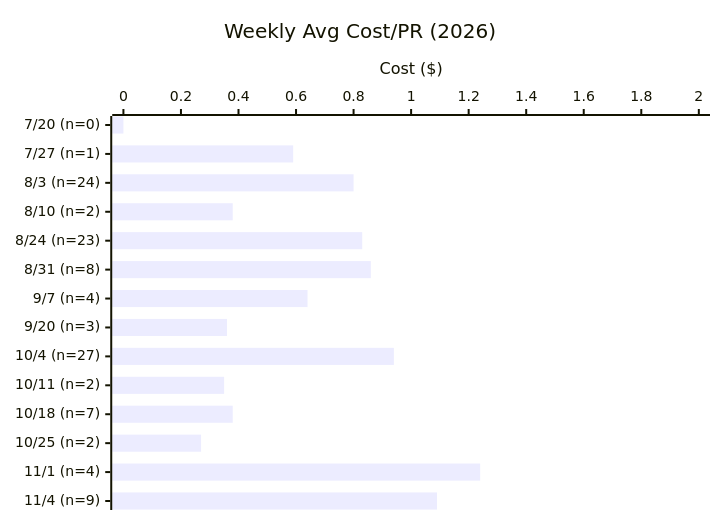
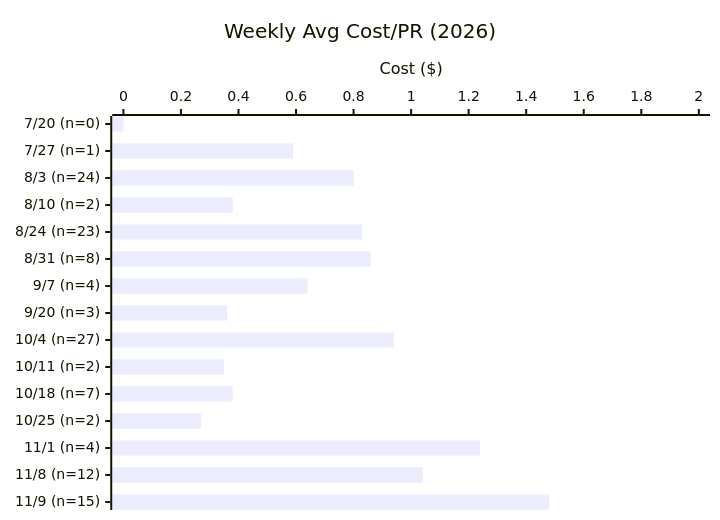
The second of 3 diagrams in EVAL.md (Sanctum-Origo-Systems/patina), drawn with Mermaid before and after one commit. The commit also changed other lines of this file and 1 other file, not shown here.

````diff
--- a/EVAL.md
+++ b/EVAL.md
@@ -27,7 +27,7 @@
 ```mermaid
 xychart-beta horizontal
     title "Weekly Avg Cost/PR (2026)"
-    x-axis ["7/20 (n=0)", "7/27 (n=1)", "8/3 (n=24)", "8/10 (n=2)", "8/24 (n=23)", "8/31 (n=8)", "9/7 (n=4)", "9/20 (n=3)", "10/4 (n=27)", "10/11 (n=2)", "10/18 (n=7)", "10/25 (n=2)", "11/1 (n=4)", "11/4 (n=9)"]
+    x-axis ["7/20 (n=0)", "7/27 (n=1)", "8/3 (n=24)", "8/10 (n=2)", "8/24 (n=23)", "8/31 (n=8)", "9/7 (n=4)", "9/20 (n=3)", "10/4 (n=27)", "10/11 (n=2)", "10/18 (n=7)", "10/25 (n=2)", "11/1 (n=4)", "11/8 (n=12)", "11/9 (n=15)"]
     y-axis "Cost ($)" 0 --> 2
-    bar [0.00, 0.59, 0.80, 0.38, 0.83, 0.86, 0.64, 0.36, 0.94, 0.35, 0.38, 0.27, 1.24, 1.09]
+    bar [0.00, 0.59, 0.80, 0.38, 0.83, 0.86, 0.64, 0.36, 0.94, 0.35, 0.38, 0.27, 1.24, 1.04, 1.48]
 ```
````
